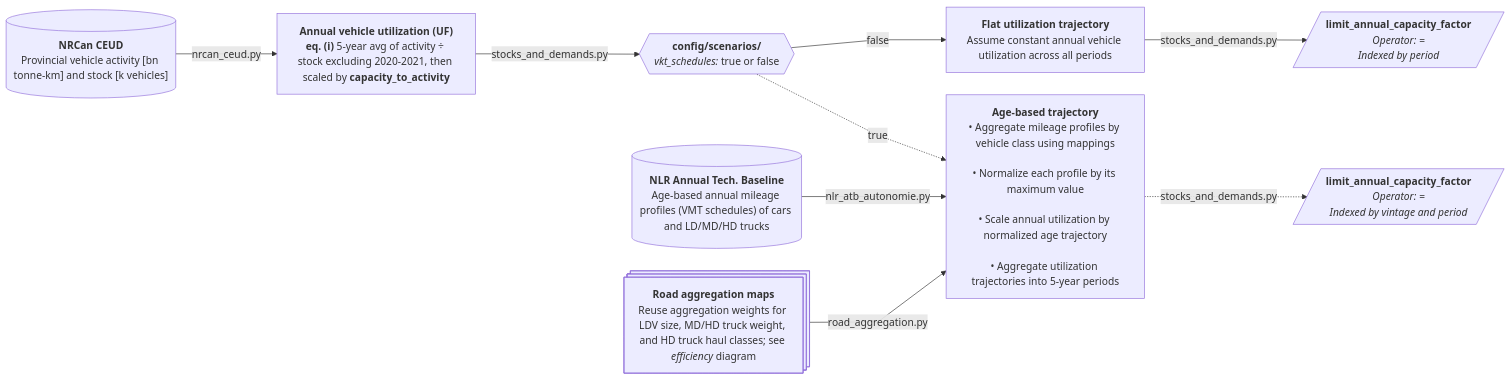
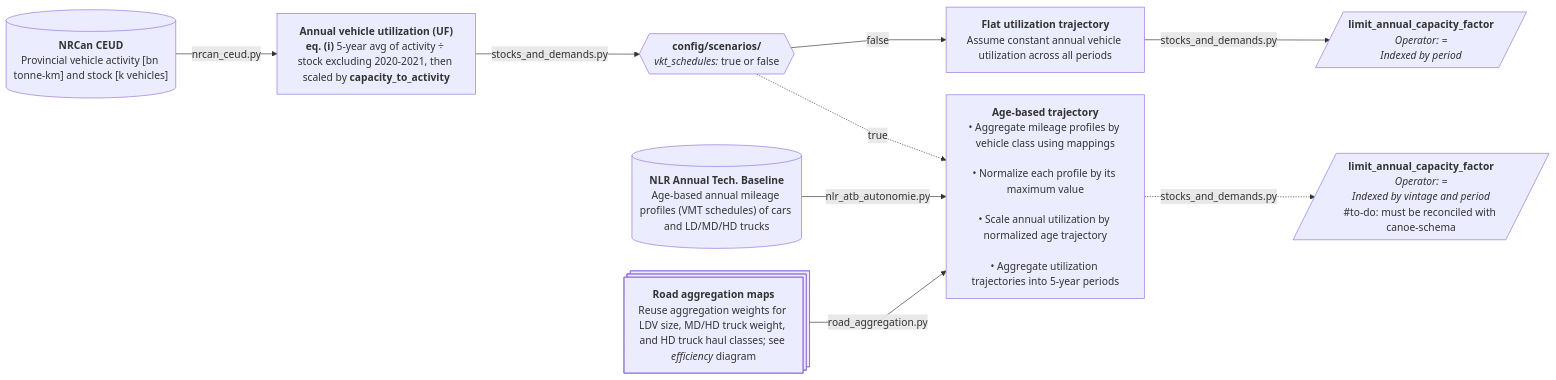
Before and after one commit to CANOE-main/canoe-transportation: the fourth of 12 diagrams in docs/etl_flowcharts.md, drawn with Mermaid. The commit also changed other lines of this file and 10 other files, not shown here.

````diff
--- a/docs/etl_flowcharts.md
+++ b/docs/etl_flowcharts.md
@@ -180,41 +216,56 @@
 ```mermaid
 ---
 config:
   layout: dagre
   flowchart:
     nodeSpacing: 35
     rankSpacing: 50
     wrappingWidth: 250
     curve: linear
 ---
 flowchart LR
-  %% --- Sources ---
-  s0[("`**NRCan CEUD**<br>Provincial vehicle activity [bn tonne-km] and stock [k vehicles]`")]
-  s1[("`**NLR Annual Tech. Baseline**<br>Age-based annual mileage profiles (VMT schedules) of cars and LD/MD/HD trucks`")]
-  s2@{shape: processes, label: "**Road aggregation maps**<br>Reuse aggregation weights for LDV size, MD/HD truck weight, and HD truck haul classes; see *efficiency* diagram"}
+  %% ########### Sources ###########
+  s0[("`**NRCan CEUD**
+    Provincial vehicle activity [bn tonne-km] and stock [k vehicles]`")]
+  s1[("`**NLR Annual Tech. Baseline**
+    Age-based annual mileage profiles (VMT schedules) of cars and LD/MD/HD trucks`")]
+  s2@{shape: processes, label: "**Road aggregation maps**
+    Reuse aggregation weights for LDV size, MD/HD truck weight, and HD truck haul classes; see *efficiency* diagram"}
 
-  %% --- Processes ---
-  p0["`**Annual vehicle utilization (UF)**<br>**eq. (i)** 5-year avg of activity ÷ stock excluding 2020-2021, then scaled by **capacity_to_activity**`"]
+  %% ########### Processes ###########
+  p0["`**Annual vehicle utilization (UF)**
+    **eq. (i)** 5-year avg of activity ÷ stock excluding 2020-2021, then scaled by **capacity_to_activity**`"]
   s0 -- nrcan_ceud.py --> p0
 
-  p1@{shape: hex, label: "**config/scenarios/**<br>*vkt_schedules:* true or false"}
+  p1@{shape: hex, label: "**config/scenarios/**
+    *vkt_schedules:* true or false"}
   p0 -- stocks_and_demands.py --> p1
 
-  p2["`**Flat utilization trajectory**<br>Assume constant annual vehicle utilization across all periods`"]
+  p2["`**Flat utilization trajectory**
+    Assume constant annual vehicle utilization across all periods`"]
   p1 -- false --> p2
 
-  o1[/"`**limit_annual_capacity_factor**<br>*Operator: =*<br>*Indexed by period*`"/]
+  o1[/"`**limit_annual_capacity_factor**
+    *Operator: =*
+    *Indexed by period*`"/]
   p2 -- stocks_and_demands.py --> o1
 
-  p3["`**Age-based trajectory**<br>• Aggregate mileage profiles by vehicle class using mappings<br><br>• Normalize each profile by its maximum value<br><br>• Scale annual utilization by normalized age trajectory<br><br>• Aggregate utilization trajectories into 5-year periods`"]
+  p3["`**Age-based trajectory**
+    • Aggregate mileage profiles by vehicle class using mappings<br>
+    • Normalize each profile by its maximum value<br>
+    • Scale annual utilization by normalized age trajectory<br>
+    • Aggregate utilization trajectories into 5-year periods`"]
   p1 -. true .-> p3
   s1 -- nlr_atb_autonomie.py --> p3
   s2 -- road_aggregation.py --> p3
 
-  o2[/"`**limit_annual_capacity_factor**<br>*Operator: =*<br>*Indexed by vintage and period*`"/]
+  o2[/"`**limit_annual_capacity_factor**
+    *Operator: =*
+    *Indexed by vintage and period*
+    #to-do: must be reconciled with canoe-schema`"/]
   p3 -. "stocks_and_demands.py" .-> o2
 
   %% --- Hyperlinks ---
   click s0 "https://oee.nrcan.gc.ca/corporate/statistics/neud/dpa/menus/trends/comprehensive_tables/list.cfm"
   click s1 "https://atb.nlr.gov/transportation/2024/data"
 ```
````
